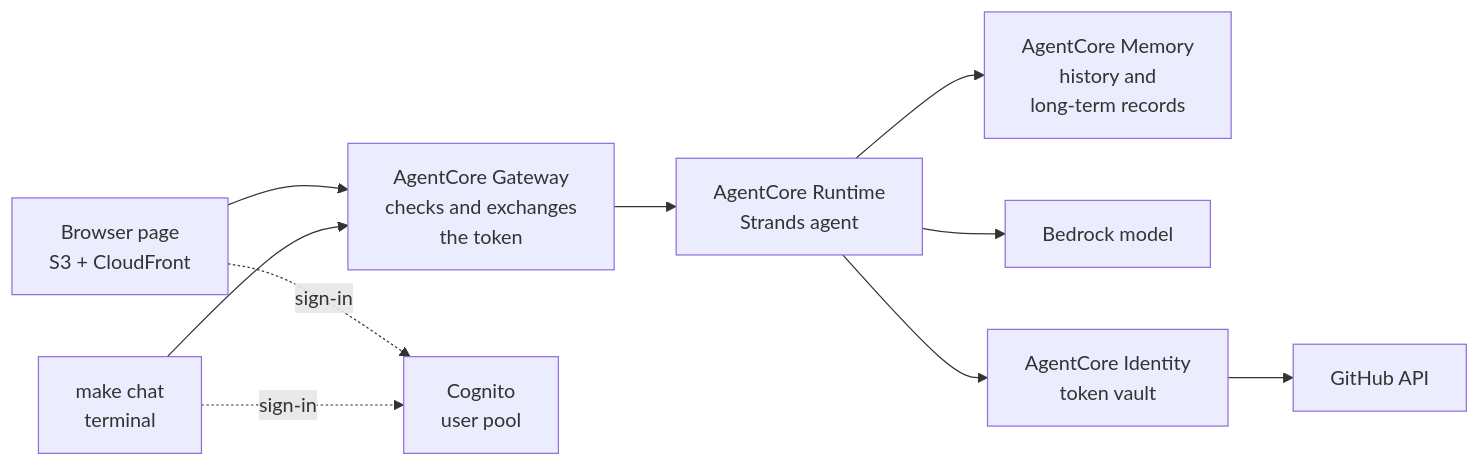
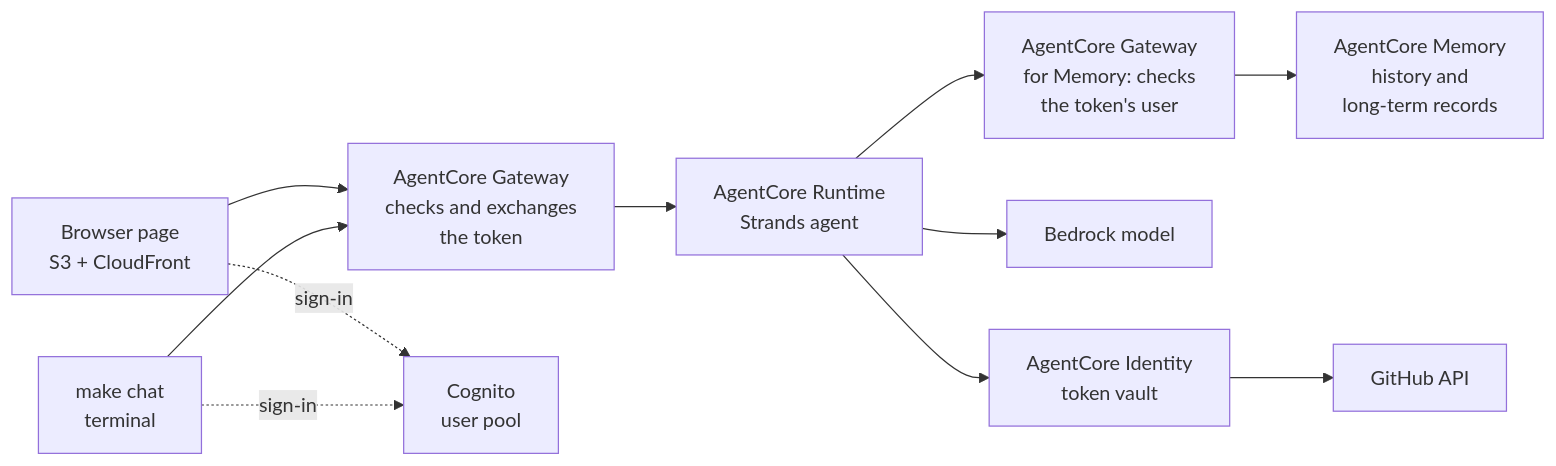
The diagram in README.md (jzubielik/team-assistant), drawn with Mermaid before and after one commit. The commit also changed other lines of this file and 28 other files, not shown here.

First line of the commit message:
feat: put Memory behind a gateway with per-user access rules (#9)

````diff
--- a/README.md
+++ b/README.md
@@ -46,11 +48,11 @@
 ```mermaid
 flowchart LR
     B[Browser page<br/>S3 + CloudFront] --> G
     C[make chat<br/>terminal] --> G
     B -. sign-in .-> P[Cognito<br/>user pool]
     C -. sign-in .-> P
     G[AgentCore Gateway<br/>checks and exchanges<br/>the token] --> R[AgentCore Runtime<br/>Strands agent]
-    R --> M[AgentCore Memory<br/>history and<br/>long-term records]
+    R --> MG[AgentCore Gateway<br/>for Memory: checks<br/>the token's user] --> M[AgentCore Memory<br/>history and<br/>long-term records]
     R --> L[Bedrock model]
     R --> I[AgentCore Identity<br/>token vault] --> H[GitHub API]
 ```
````
